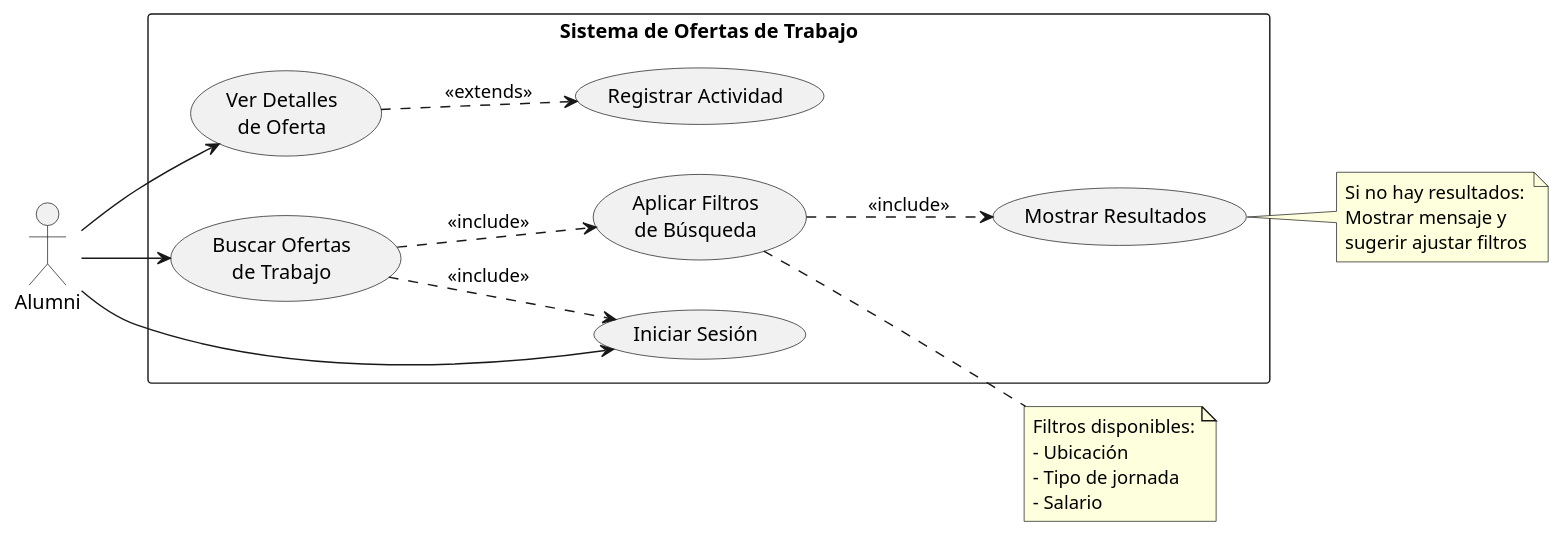
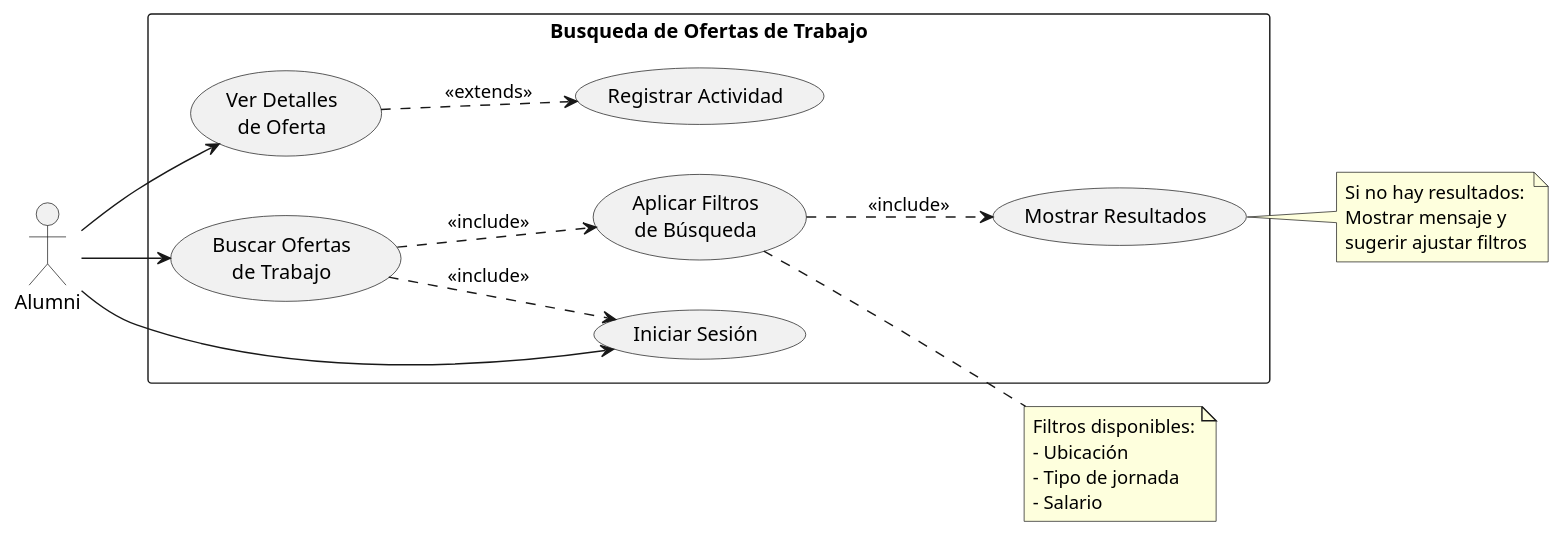
The diagram in modelosUML/CasosDeUso/diagramas/buscarOfertaTrabajo.puml (mmasias/24-25-IdSw1-SDR), drawn with PlantUML before and after one commit. The commit also changed 2 other files, not shown here.

```diff
--- a/modelosUML/CasosDeUso/diagramas/buscarOfertaTrabajo.puml
+++ b/modelosUML/CasosDeUso/diagramas/buscarOfertaTrabajo.puml
@@ -1,36 +1,36 @@
 @startuml
 left to right direction
 skinparam packageStyle rectangle
 
 actor "Alumni" as alumni
 
-rectangle "Sistema de Ofertas de Trabajo" {
+rectangle "Busqueda de Ofertas de Trabajo" {
   usecase "Iniciar Sesión" as UC1
   usecase "Buscar Ofertas\nde Trabajo" as UC2
   usecase "Aplicar Filtros\nde Búsqueda" as UC3
   usecase "Mostrar Resultados" as UC4
   usecase "Ver Detalles\nde Oferta" as UC5
   usecase "Registrar Actividad" as UC6
 }
 
 alumni --> UC1
 alumni --> UC2
 UC2 ..> UC1 : <<include>>
 UC2 ..> UC3 : <<include>>
 UC3 ..> UC4 : <<include>>
 alumni --> UC5
 UC5 ..> UC6 : <<extends>>
 
 note right of UC3
   Filtros disponibles:
   - Ubicación
   - Tipo de jornada
   - Salario
 end note
 
 note right of UC4
   Si no hay resultados:
   Mostrar mensaje y
   sugerir ajustar filtros
 end note
 @enduml
```
